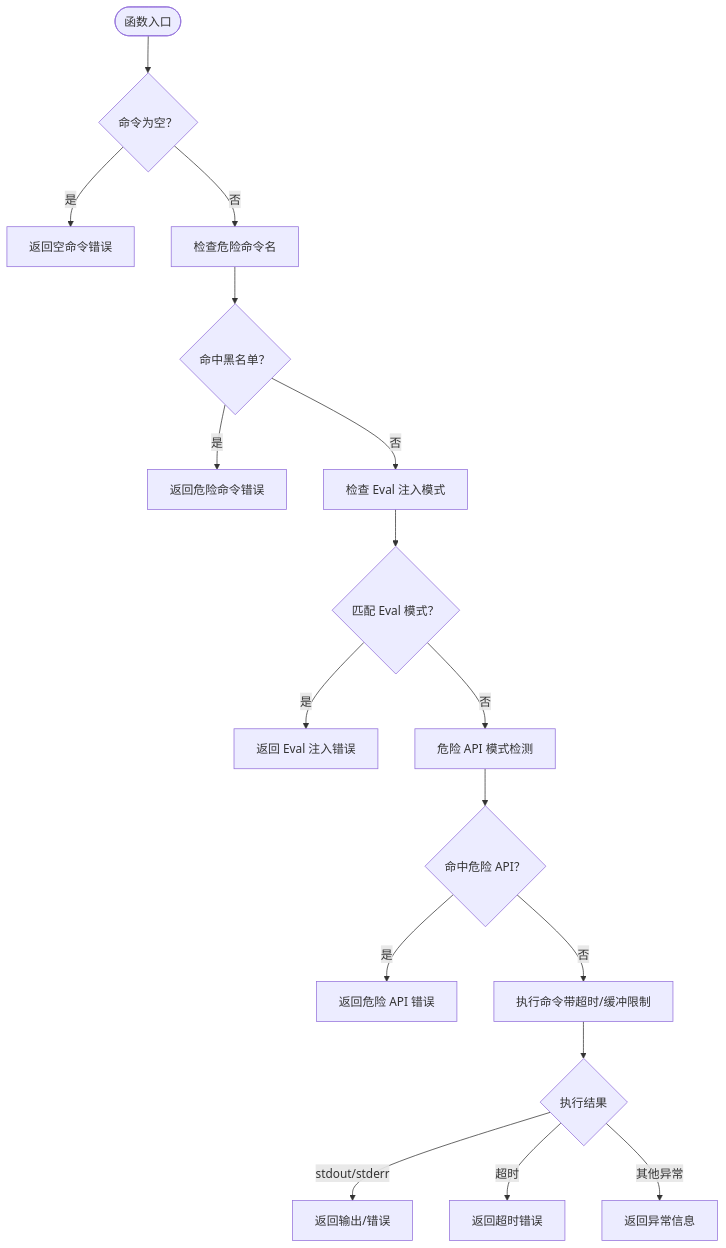
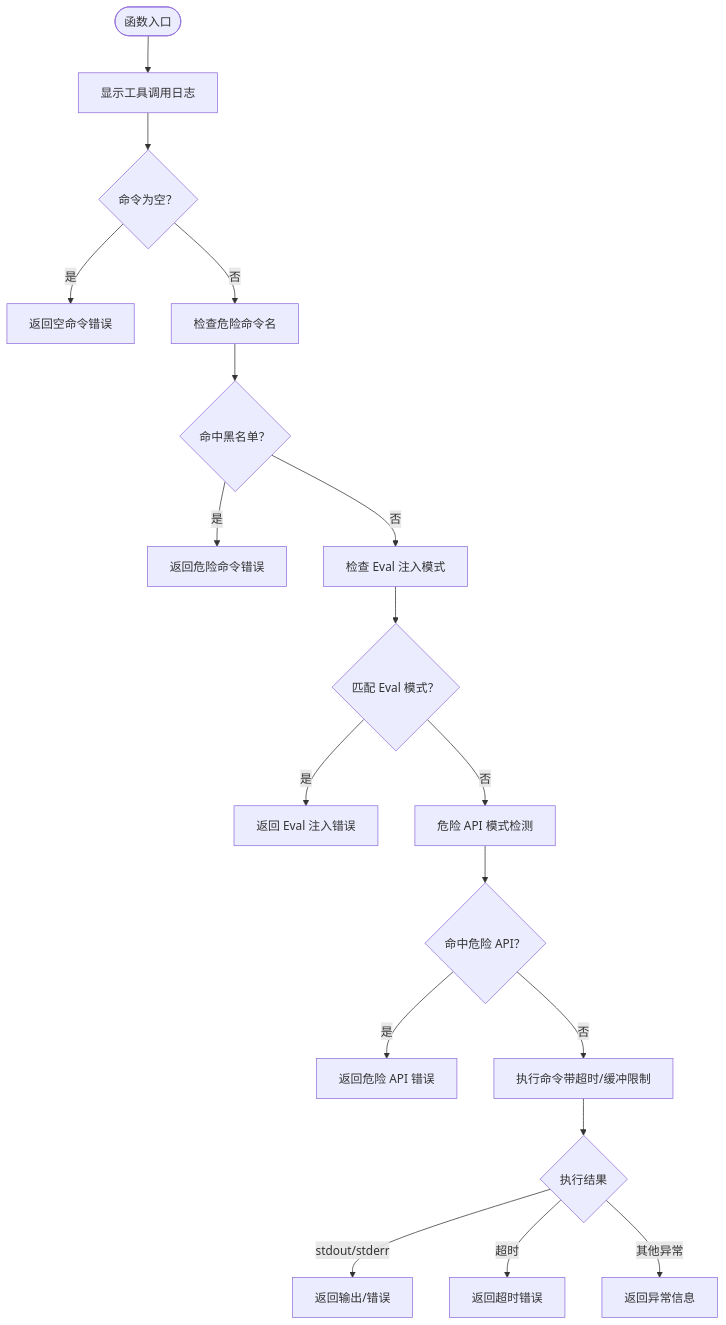
One commit to HAOFUYANG/onion-code changed the fifth of 7 diagrams in .qoder/repowiki/zh/content/工具系统/工具系统.md. Above: the diagram before and after it, drawn with Mermaid. The commit also changed other lines of this file and 5 other files, not shown here.

````diff
--- a/.qoder/repowiki/zh/content/工具系统/工具系统.md
+++ b/.qoder/repowiki/zh/content/工具系统/工具系统.md
@@ -209,19 +260,20 @@
 ```mermaid
 flowchart TD
-Start(["函数入口"]) --> Empty{"命令为空？"}
+Start(["函数入口"]) --> Log["显示工具调用日志"]
+Log --> Empty{"命令为空？"}
 Empty --> |是| E1["返回空命令错误"]
 Empty --> |否| Check1["检查危险命令名"]
 Check1 --> Block1{"命中黑名单？"}
 Block1 --> |是| B1["返回危险命令错误"]
 Block1 --> |否| Check2["检查 Eval 注入模式"]
 Check2 --> Block2{"匹配 Eval 模式？"}
 Block2 --> |是| B2["返回 Eval 注入错误"]
 Block2 --> |否| Check3["危险 API 模式检测"]
 Check3 --> Block3{"命中危险 API？"}
 Block3 --> |是| B3["返回危险 API 错误"]
 Block3 --> |否| Exec["执行命令带超时/缓冲限制"]
 Exec --> Out{"执行结果"}
 Out --> |stdout/stderr| R1["返回输出/错误"]
 Out --> |超时| R2["返回超时错误"]
 Out --> |其他异常| R3["返回异常信息"]
 ```
````
